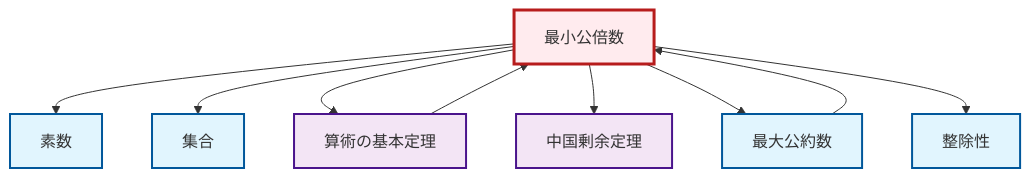
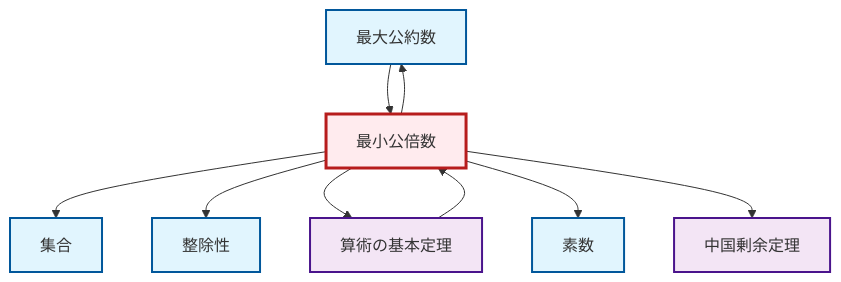
The diagram in output/mermaid/ja/def-lcm.mermaid (RK0429/ModernMath), drawn with Mermaid before and after one commit. The commit also changed other lines of this file and 1704 other files, not shown here.

```diff
--- a/output/mermaid/ja/def-lcm.mermaid
+++ b/output/mermaid/ja/def-lcm.mermaid
@@ -1,22 +1,22 @@
 graph TD
     classDef definition fill:#e1f5fe,stroke:#01579b,stroke-width:2px
     classDef theorem fill:#f3e5f5,stroke:#4a148c,stroke-width:2px
     classDef axiom fill:#fff3e0,stroke:#e65100,stroke-width:2px
     classDef example fill:#e8f5e9,stroke:#1b5e20,stroke-width:2px
     classDef current fill:#ffebee,stroke:#b71c1c,stroke-width:3px
+    def-prime["素数"]:::definition
+    def-set["集合"]:::definition
+    def-gcd["最大公約数"]:::definition
+    def-divisibility["整除性"]:::definition
+    thm-fundamental-arithmetic["算術の基本定理"]:::theorem
     def-lcm["最小公倍数"]:::definition
-    def-gcd["最大公約数"]:::definition
-    thm-fundamental-arithmetic["算術の基本定理"]:::theorem
-    def-divisibility["整除性"]:::definition
-    def-set["集合"]:::definition
     thm-chinese-remainder["中国剰余定理"]:::theorem
-    def-prime["素数"]:::definition
+    def-lcm --> def-set
+    def-lcm --> def-gcd
+    thm-fundamental-arithmetic --> def-lcm
+    def-lcm --> def-divisibility
+    def-gcd --> def-lcm
+    def-lcm --> thm-fundamental-arithmetic
     def-lcm --> def-prime
-    def-lcm --> def-set
-    thm-fundamental-arithmetic --> def-lcm
-    def-lcm --> thm-fundamental-arithmetic
     def-lcm --> thm-chinese-remainder
-    def-lcm --> def-gcd
-    def-gcd --> def-lcm
-    def-lcm --> def-divisibility
     class def-lcm current
```
